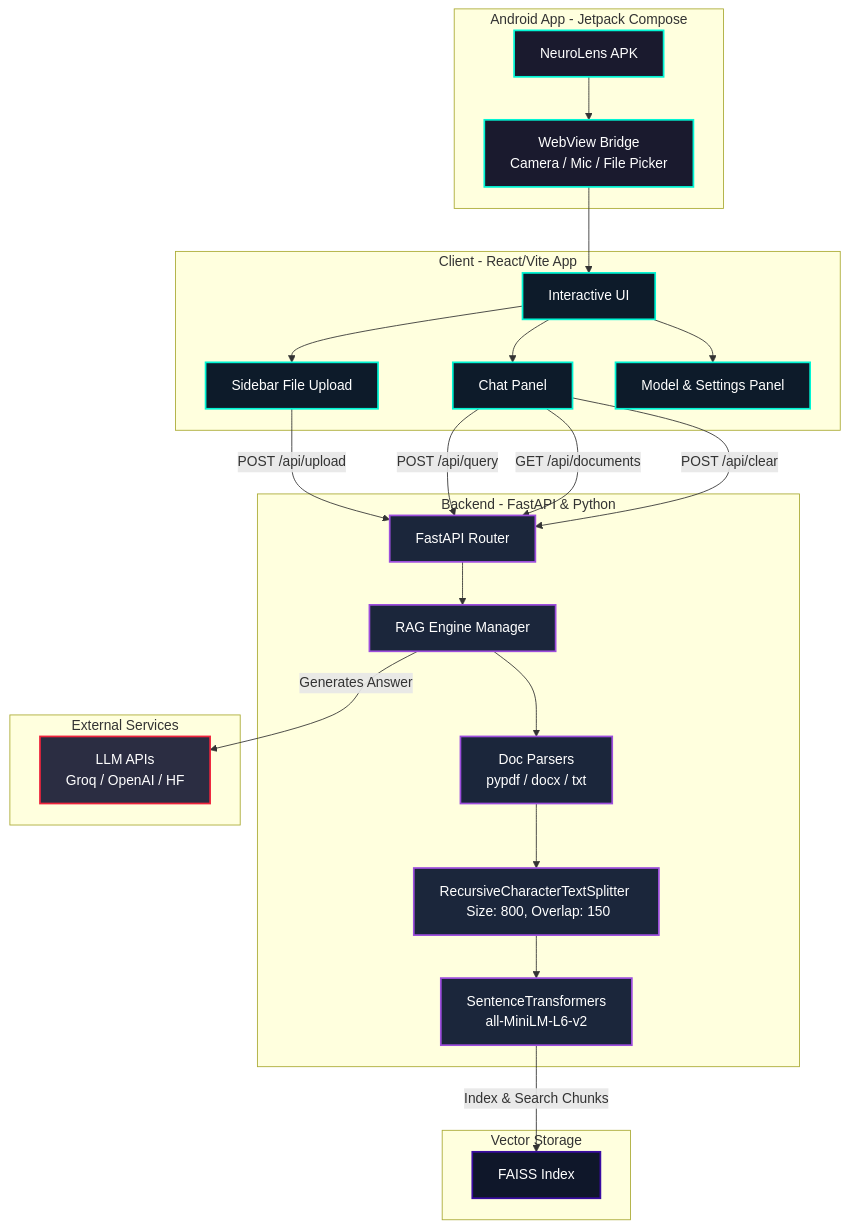
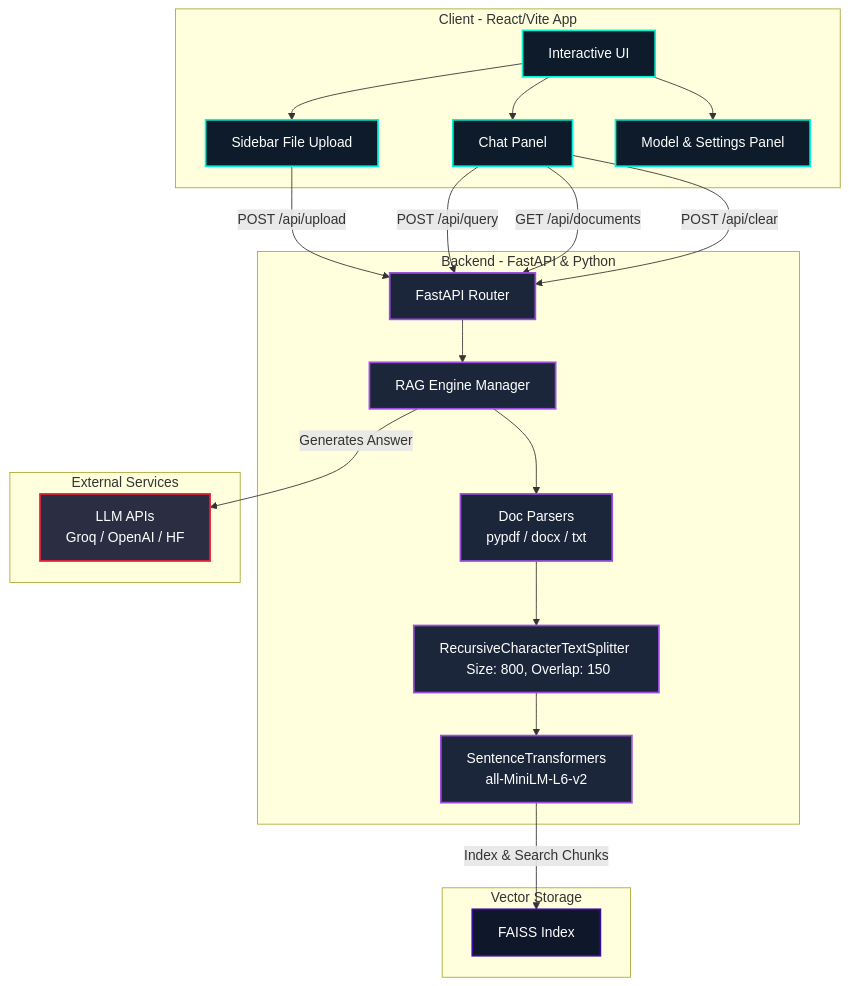
The first of 2 diagrams in README.md (udityamerit/NeuroLens-Knowledge-Retrieval-Engine), drawn with Mermaid before and after one commit. The commit also changed other lines of this file and 62 other files, not shown here.

Commit message:
Refactor: remove Android/mobile wrapper and secure API key configuration

````diff
--- a/README.md
+++ b/README.md
@@ -86,57 +37,47 @@
 ```mermaid
 graph TD
     classDef client fill:#0d1b2a,stroke:#00f5d4,stroke-width:2px,color:#fff;
     classDef server fill:#1b263b,stroke:#9d4edd,stroke-width:2px,color:#fff;
     classDef database fill:#0f172a,stroke:#3a0ca3,stroke-width:2px,color:#fff;
     classDef external fill:#2b2d42,stroke:#ef233c,stroke-width:2px,color:#fff;
-    classDef mobile fill:#1a1a2e,stroke:#00f5d4,stroke-width:2px,color:#fff;
-
-    subgraph Mobile [Android App - Jetpack Compose]
-        AndroidApp[NeuroLens APK]:::mobile
-        WebViewBridge[WebView Bridge<br/>Camera / Mic / File Picker]:::mobile
-    end
 
     subgraph Client [Client - React/Vite App]
         UI[Interactive UI]:::client
         UploadSide[Sidebar File Upload]:::client
         ChatPanel[Chat Panel]:::client
         SettingsModal[Model & Settings Panel]:::client
     end
 
     subgraph Server [Backend - FastAPI & Python]
         API[FastAPI Router]:::server
         RAGEngine[RAG Engine Manager]:::server
         Parser[Doc Parsers <br/> pypdf / docx / txt]:::server
         Splitter[RecursiveCharacterTextSplitter <br/> Size: 800, Overlap: 150]:::server
         Embeddings[SentenceTransformers <br/> all-MiniLM-L6-v2]:::server
     end
 
     subgraph DB [Vector Storage]
         FAISS[FAISS Index]:::database
     end
 
     subgraph External [External Services]
         LLM[LLM APIs <br/> Groq / OpenAI / HF]:::external
     end
 
-    %% Mobile to Web
-    AndroidApp --> WebViewBridge
-    WebViewBridge --> UI
-
     %% Flow connections
     UI --> UploadSide
     UI --> ChatPanel
     UI --> SettingsModal
 
     UploadSide -->|POST /api/upload| API
     ChatPanel -->|POST /api/query| API
     ChatPanel -->|GET /api/documents| API
     ChatPanel -->|POST /api/clear| API
 
     API --> RAGEngine
     RAGEngine --> Parser
     Parser --> Splitter
     Splitter --> Embeddings
     Embeddings -->|Index & Search Chunks| FAISS
     RAGEngine -->|Generates Answer| LLM
 ```
````
